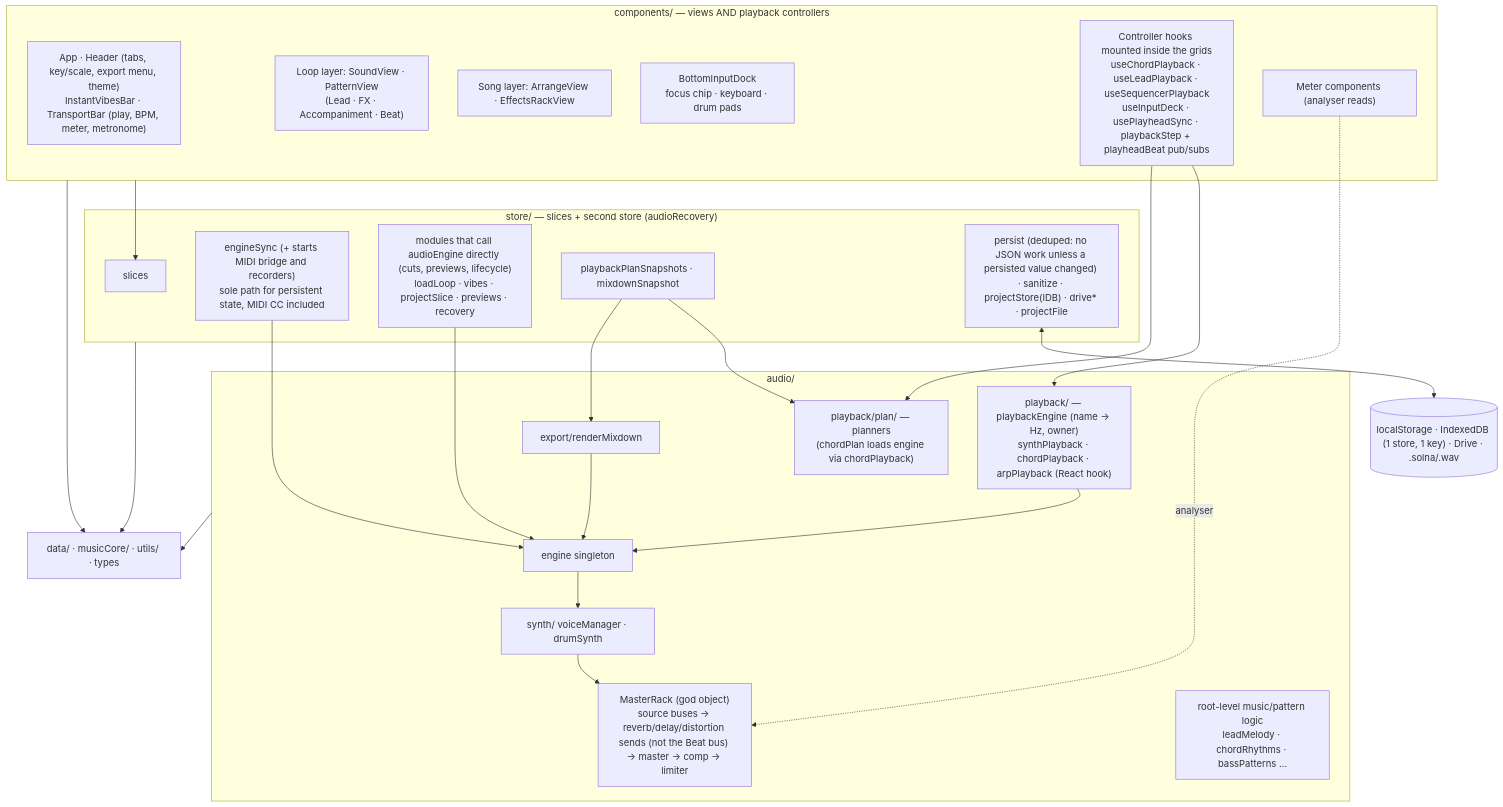
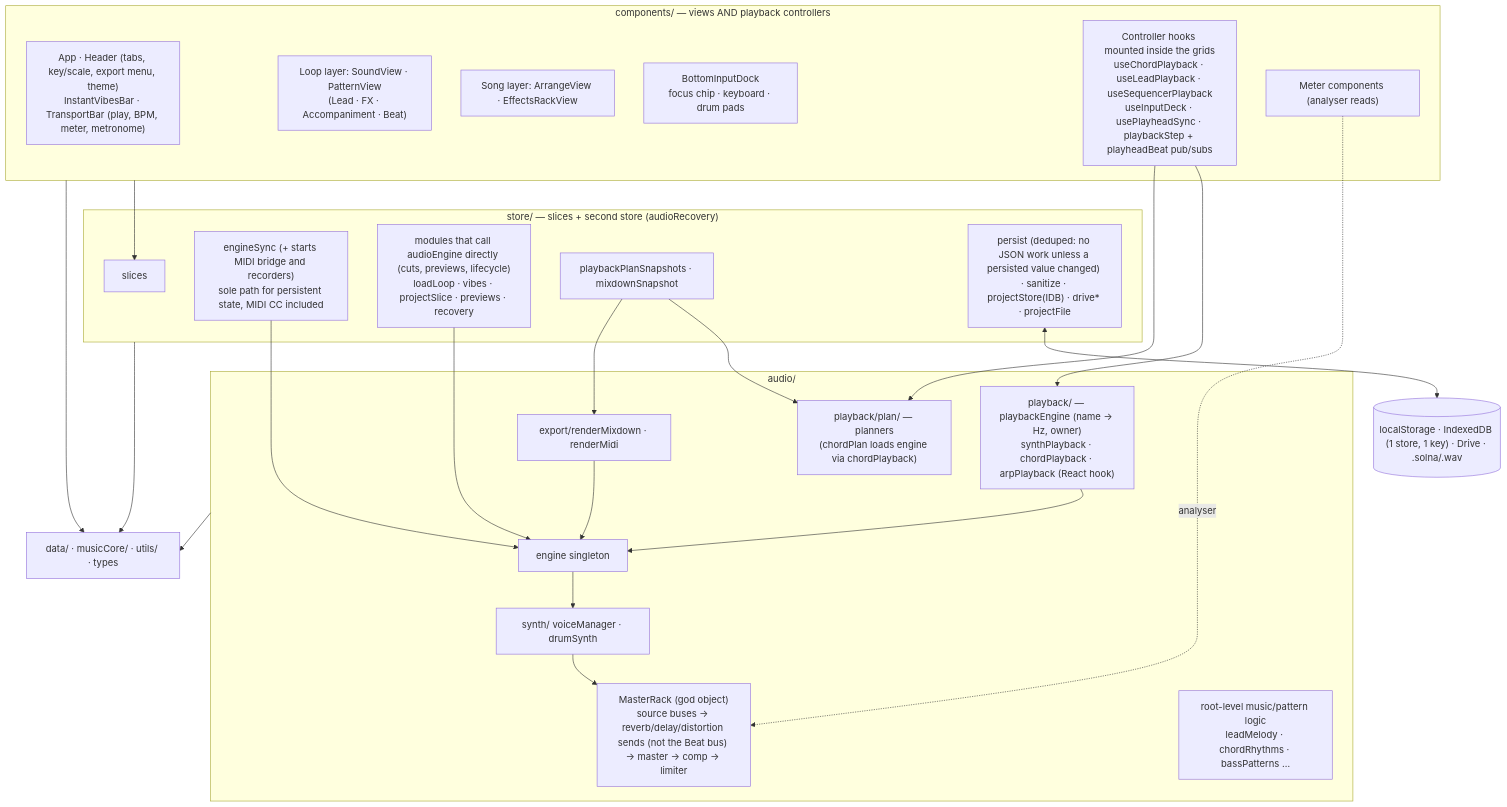
Before and after one commit to themiddnight/solna: the diagram in docs/architecture/structure/README.md, drawn with Mermaid. The commit also changed 10 other files, not shown here.

Commit message:
docs: ADR-0036 MIDI export, export rules R296-R300 (DEV-428)

````diff
--- a/docs/architecture/structure/README.md
+++ b/docs/architecture/structure/README.md
@@ -30,46 +30,46 @@
 ```mermaid
 flowchart TB
   subgraph Views["components/ — views AND playback controllers"]
     Shell["App · Header (tabs, key/scale, export menu, theme)<br/>InstantVibesBar · TransportBar (play, BPM, meter, metronome)"]
     LoopViews["Loop layer: SoundView · PatternView<br/>(Lead · FX · Accompaniment · Beat)"]
     SongViews["Song layer: ArrangeView · EffectsRackView"]
     Dock["BottomInputDock<br/>focus chip · keyboard · drum pads"]
     Ctrls["Controller hooks mounted inside the grids<br/>useChordPlayback · useLeadPlayback · useSequencerPlayback<br/>useInputDeck · usePlayheadSync · playbackStep + playheadBeat pub/subs"]
     Meters["Meter components (analyser reads)"]
   end
 
   subgraph Store["store/ — slices + second store (audioRecovery)"]
     Slices["slices"]
     EngineSync["engineSync (+ starts MIDI bridge and recorders)<br/>sole path for persistent state, MIDI CC included"]
     Direct["modules that call audioEngine directly (cuts, previews, lifecycle)<br/>loadLoop · vibes · projectSlice · previews · recovery"]
     Snap["playbackPlanSnapshots · mixdownSnapshot"]
     PersistIO["persist (deduped: no JSON work unless a persisted value changed) · sanitize · projectStore(IDB) · drive* · projectFile"]
   end
 
   subgraph Audio["audio/"]
     PB["playback/ — playbackEngine (name → Hz, owner)<br/>synthPlayback · chordPlayback · arpPlayback (React hook)"]
     Plan["playback/plan/ — planners<br/>(chordPlan loads engine via chordPlayback)"]
     Eng["engine singleton"]
     Rack["MasterRack (god object)<br/>source buses → reverb/delay/distortion sends (not the Beat bus) → master → comp → limiter"]
     Voices["synth/ voiceManager · drumSynth"]
     Logic["root-level music/pattern logic<br/>leadMelody · chordRhythms · bassPatterns …"]
-    Exp["export/renderMixdown"]
+    Exp["export/renderMixdown · renderMidi"]
   end
 
   Domain["data/ · musicCore/ · utils/ · types"]
   Storage[("localStorage · IndexedDB (1 store, 1 key) · Drive · .solna/.wav")]
 
   Views --> Slices
   Ctrls --> PB --> Eng
   Ctrls --> Plan
   Snap --> Plan
   Meters -. analyser .-> Rack
   EngineSync --> Eng
   Direct --> Eng
   Eng --> Voices --> Rack
   Snap --> Exp --> Eng
   PersistIO <--> Storage
   Store --> Domain
   Audio --> Domain
   Views --> Domain
 ```
````
